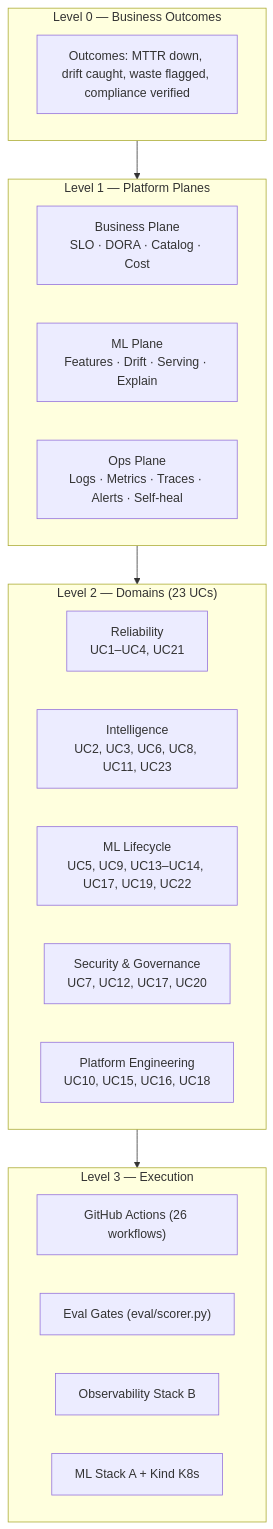
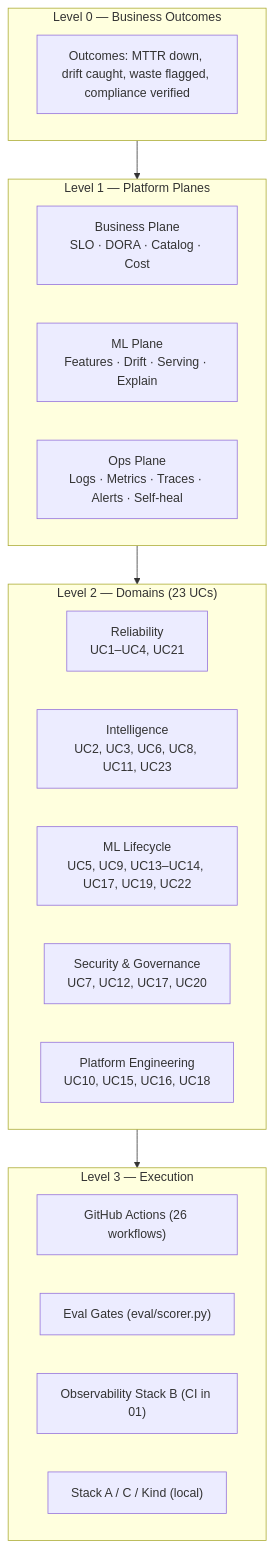
Before and after one commit to sanjeev0120test/observable-mlops-platform: the fifth of 55 diagrams in README.md, drawn with Mermaid. The commit also changed other lines of this file, not shown here.

First line of the commit message:
README pass 4: remove last Kind-in-CI overstatements in diagrams and tables.

````diff
--- a/README.md
+++ b/README.md
@@ -712,31 +712,31 @@
 ```mermaid
 flowchart TB
     subgraph L0["Level 0 — Business Outcomes"]
         OUT["Outcomes: MTTR down, drift caught, waste flagged, compliance verified"]
     end
 
     subgraph L1["Level 1 — Platform Planes"]
         BP["Business Plane<br/>SLO · DORA · Catalog · Cost"]
         MP["ML Plane<br/>Features · Drift · Serving · Explain"]
         OP["Ops Plane<br/>Logs · Metrics · Traces · Alerts · Self-heal"]
     end
 
     subgraph L2["Level 2 — Domains (23 UCs)"]
         D1["Reliability<br/>UC1–UC4, UC21"]
         D2["Intelligence<br/>UC2, UC3, UC6, UC8, UC11, UC23"]
         D3["ML Lifecycle<br/>UC5, UC9, UC13–UC14, UC17, UC19, UC22"]
         D4["Security & Governance<br/>UC7, UC12, UC17, UC20"]
         D5["Platform Engineering<br/>UC10, UC15, UC16, UC18"]
     end
 
     subgraph L3["Level 3 — Execution"]
         CI["GitHub Actions (26 workflows)"]
         EV["Eval Gates (eval/scorer.py)"]
-        OB["Observability Stack B"]
-        ML["ML Stack A + Kind K8s"]
+        OB["Observability Stack B (CI in 01)"]
+        ML["Stack A / C / Kind (local)"]
     end
 
     L0 --> L1
     L1 --> L2
     L2 --> L3
 ```
````
